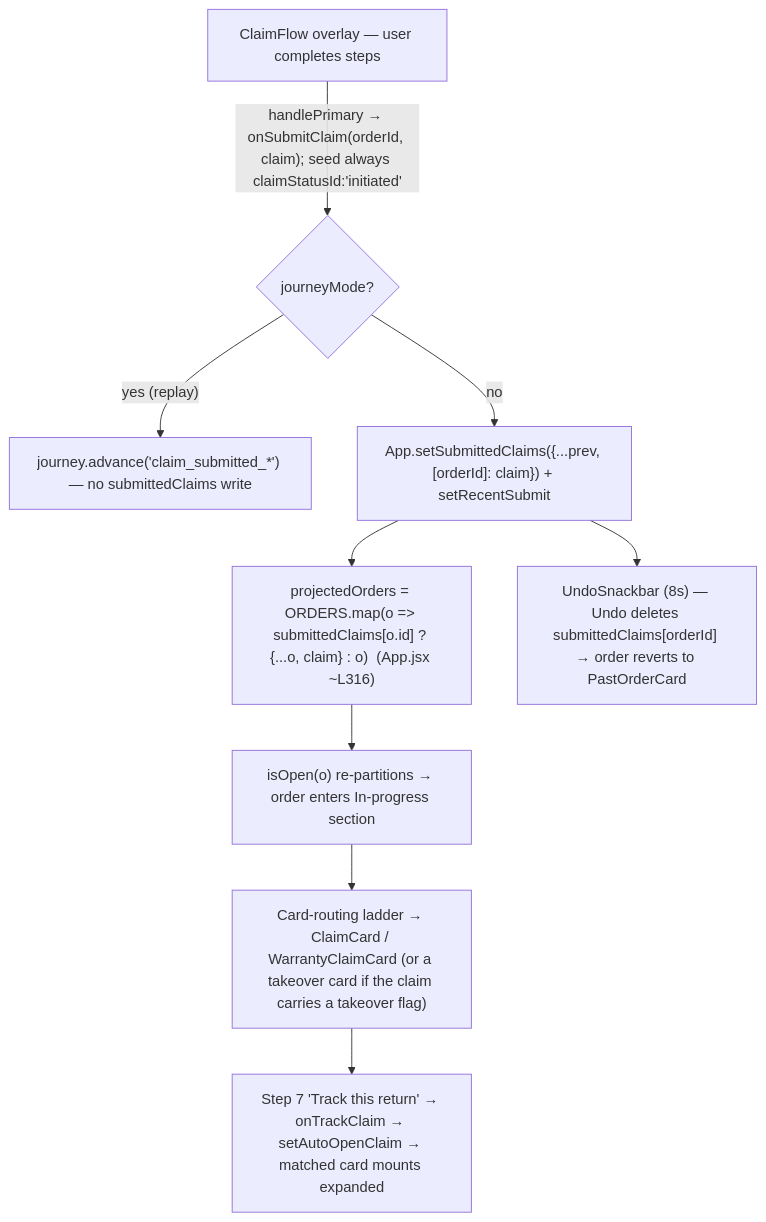
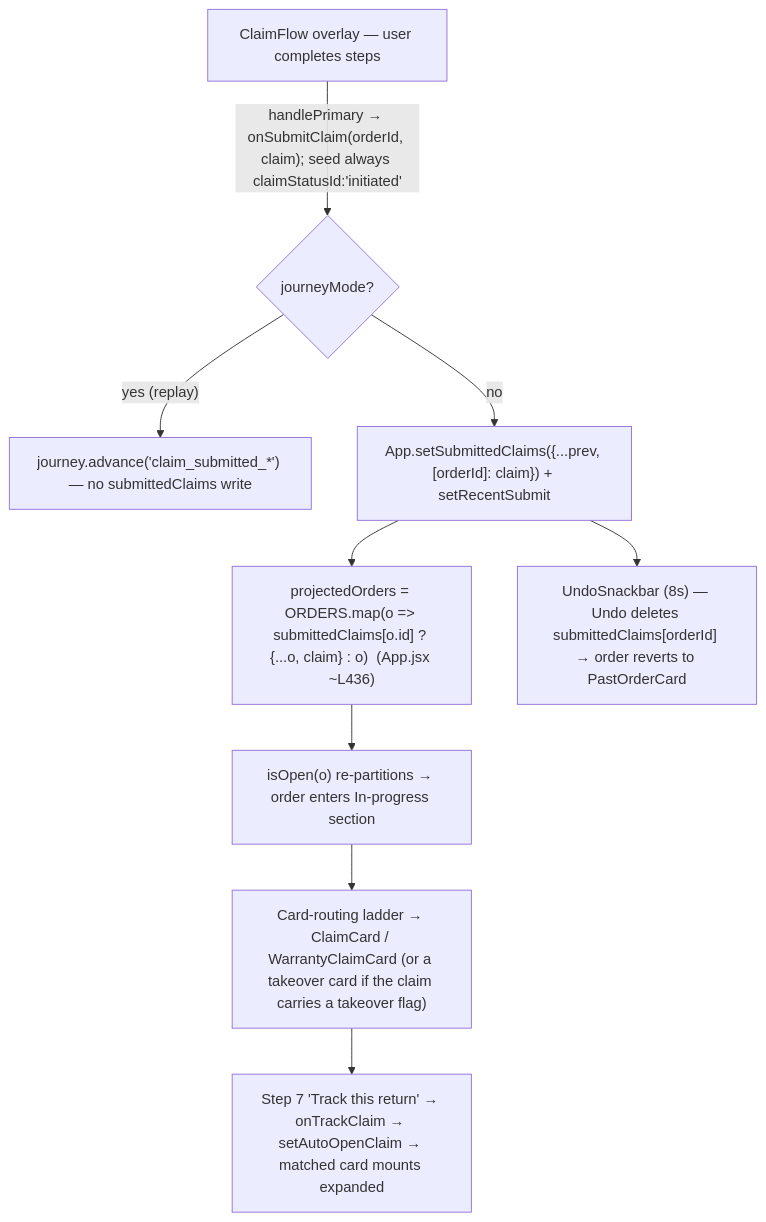
One commit to andrea-revibe/my-account-redesign-v2 changed the third of 3 diagrams in docs/output/diagrams.md. Above: the diagram before and after it, drawn with Mermaid. The commit also changed other lines of this file and 17 other files, not shown here.

````diff
--- a/docs/output/diagrams.md
+++ b/docs/output/diagrams.md
@@ -110,11 +110,11 @@
 ```mermaid
 flowchart TD
   A["ClaimFlow overlay — user completes steps"] -->|"handlePrimary → onSubmitClaim(orderId, claim); seed always claimStatusId:'initiated'"| B{"journeyMode?"}
   B -- "yes (replay)" --> J["journey.advance('claim_submitted_*') — no submittedClaims write"]
   B -- "no" --> C["App.setSubmittedClaims({...prev, [orderId]: claim}) + setRecentSubmit"]
-  C --> D["projectedOrders = ORDERS.map(o => submittedClaims[o.id] ? {...o, claim} : o)  (App.jsx ~L316)"]
+  C --> D["projectedOrders = ORDERS.map(o => submittedClaims[o.id] ? {...o, claim} : o)  (App.jsx ~L436)"]
   D --> E["isOpen(o) re-partitions → order enters In-progress section"]
   E --> F["Card-routing ladder → ClaimCard / WarrantyClaimCard (or a takeover card if the claim carries a takeover flag)"]
   C --> G["UndoSnackbar (8s) — Undo deletes submittedClaims[orderId] → order reverts to PastOrderCard"]
   F --> H["Step 7 'Track this return' → onTrackClaim → setAutoOpenClaim → matched card mounts expanded"]
 ```
````
